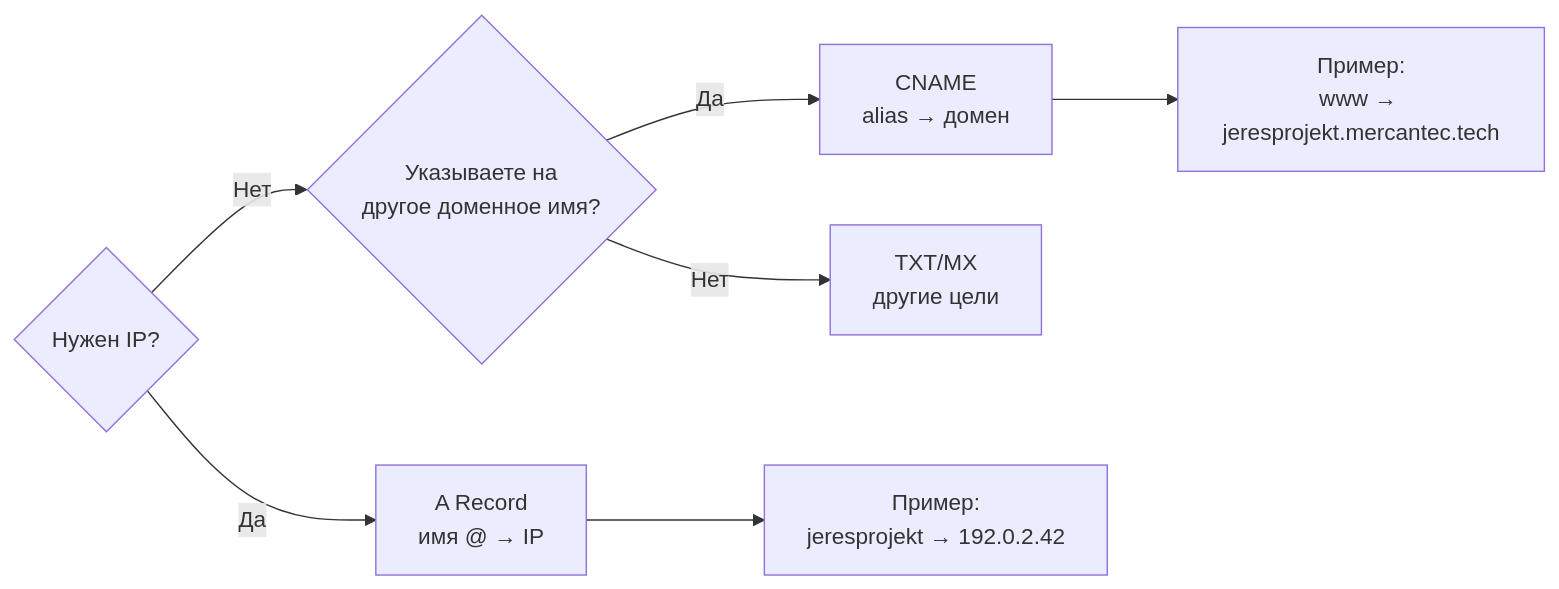
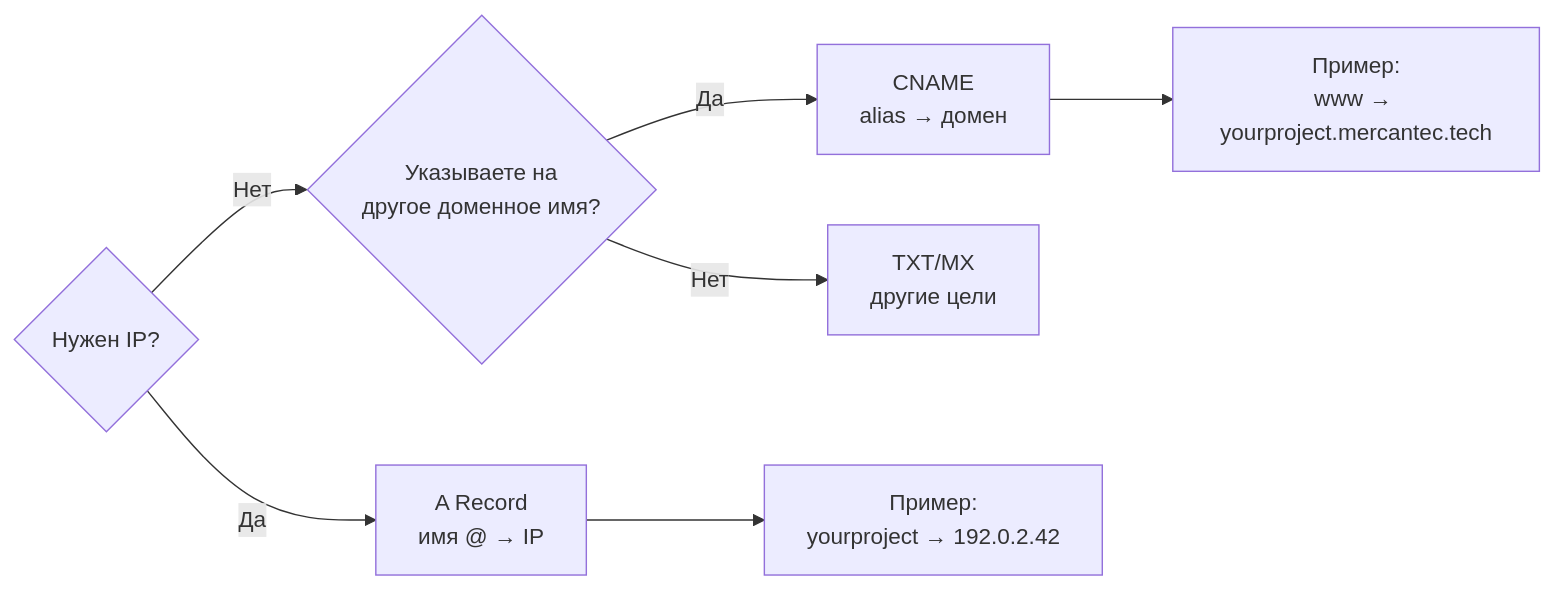
Before and after one commit to Mercantec-GHC/deploy-or-die-anbo0005: the sixth of 17 diagrams in docs/notes/day2-dns-firewall.md, drawn with Mermaid. The commit also changed other lines of this file and 8 other files, not shown here.

````diff
--- a/docs/notes/day2-dns-firewall.md
+++ b/docs/notes/day2-dns-firewall.md
@@ -282,10 +282,10 @@
 ```mermaid
 graph LR
     A{"Нужен IP?"}
     A -->|Да| B["A Record<br>имя @ → IP"]
     A -->|Нет| C{"Указываете на<br>другое доменное имя?"}
     C -->|Да| D["CNAME<br>alias → домен"]
     C -->|Нет| E["TXT/MX<br>другие цели"]
-    B --> B1["Пример:<br>jeresprojekt → 192.0.2.42"]
-    D --> D1["Пример:<br>www → jeresprojekt.mercantec.tech"]
+    B --> B1["Пример:<br>yourproject → 192.0.2.42"]
+    D --> D1["Пример:<br>www → yourproject.mercantec.tech"]
 ```
````
